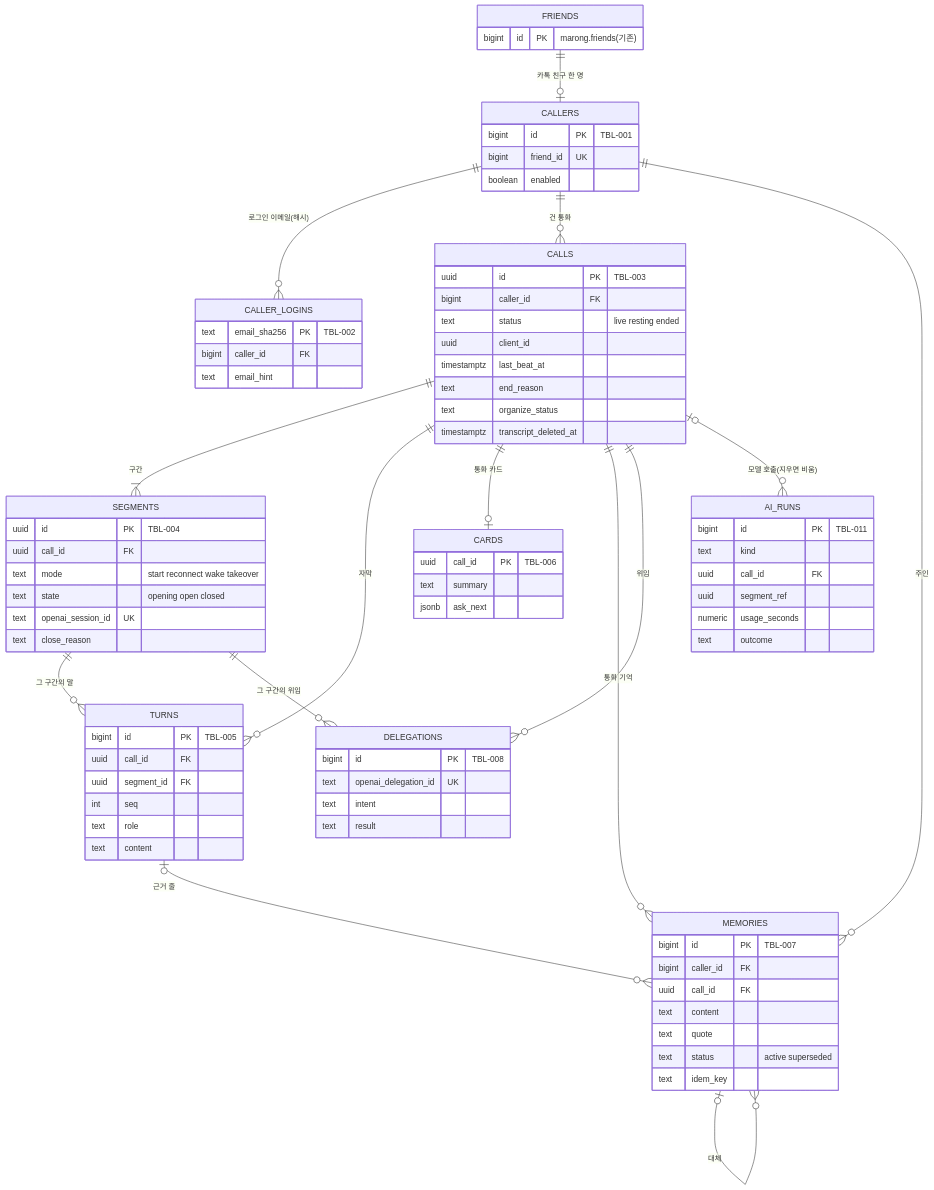
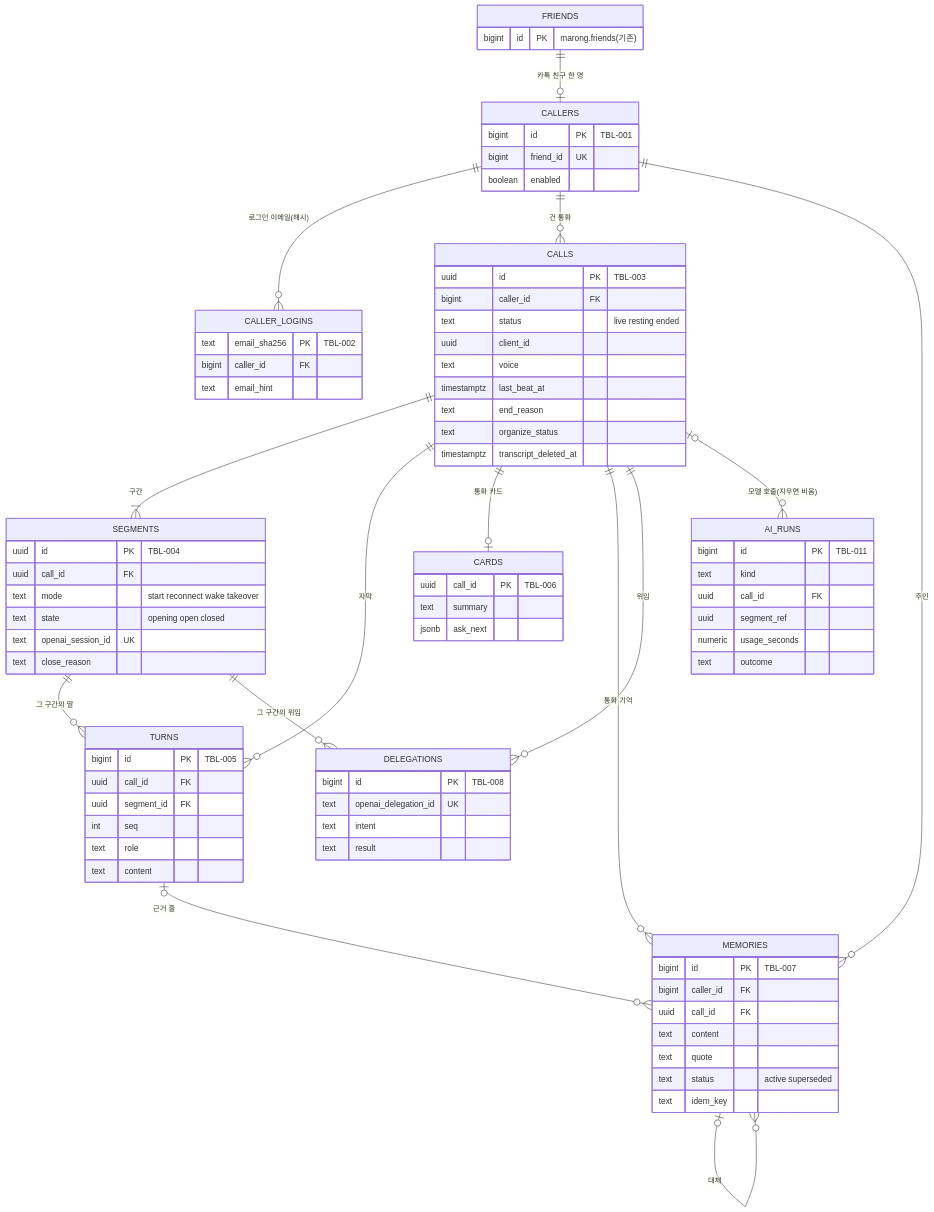
One commit to kodonghui/marong2 changed the diagram in docs/05-erd/erd.md. Above: the diagram before and after it, drawn with Mermaid. The commit also changed other lines of this file and 8 other files, not shown here.

```diff
--- a/docs/05-erd/erd.md
+++ b/docs/05-erd/erd.md
@@ -48,6 +48,7 @@
     bigint caller_id FK
     text status "live resting ended"
     uuid client_id
+    text voice
     timestamptz last_beat_at
     text end_reason
     text organize_status
```
